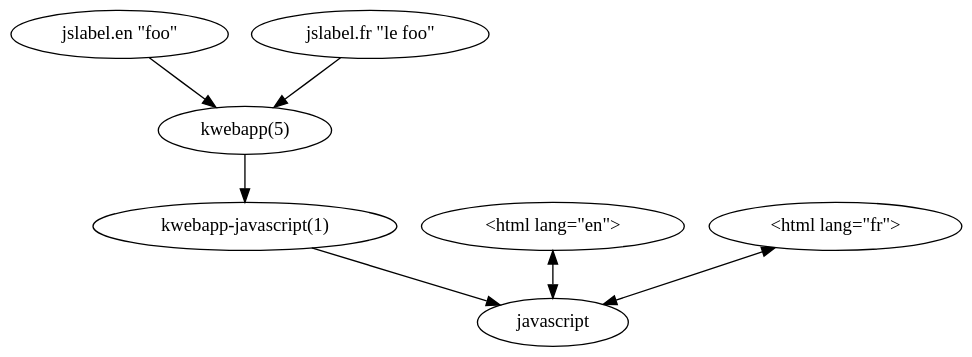
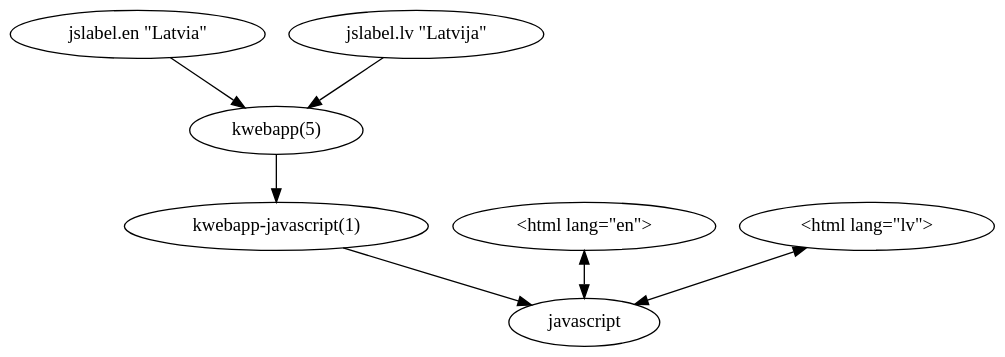
The diagram in translate-fig2.dot (kristapsdz/bchs), drawn with Graphviz before and after one commit. The commit also changed 3 other files, not shown here.

```diff
--- a/translate-fig2.dot
+++ b/translate-fig2.dot
@@ -1,20 +1,20 @@
 
 digraph {
 	bgcolor="transparent";
 
-	labelen [label="jslabel.en \"foo\""];
-	labelfr [label="jslabel.fr \"le foo\""];
+	labelen [label="jslabel.en \"Latvia\""];
+	labelfr [label="jslabel.lv \"Latvija\""];
 
 	labelen -> config;
 	labelfr -> config;
 
 	config [label="kwebapp(5)"];
 	config2 [label="kwebapp-javascript(1)"];
 	js [label="javascript"];
 	htmlen [label="<html lang=\"en\">"]
-	htmlfr [label="<html lang=\"fr\">"]
+	htmlfr [label="<html lang=\"lv\">"]
 
 	config -> config2 -> js;
 	htmlen -> js[dir="both"];
 	htmlfr -> js[dir="both"];
 }
```
